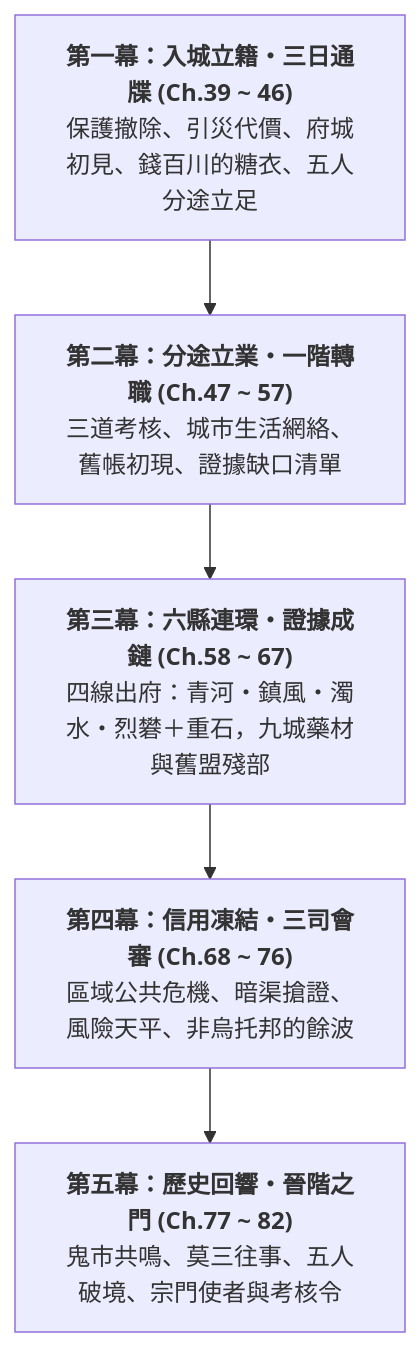
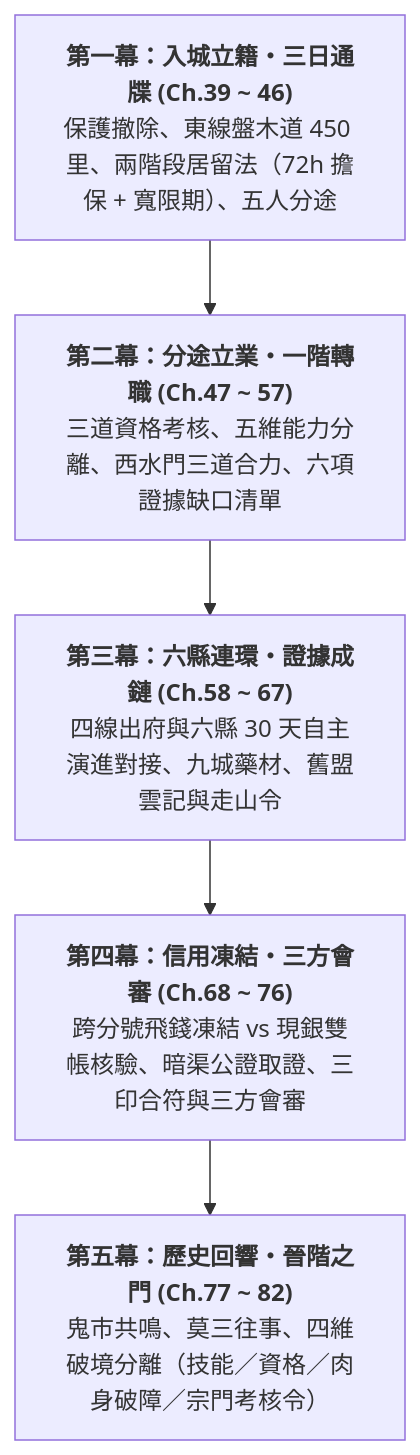
One commit to wade-fs/mudscript changed the diagram in forgotten-space/narrative/volume2.md. Above: the diagram before and after it, drawn with Mermaid. The commit also changed other lines of this file and 67 other files, not shown here.

````diff
--- a/forgotten-space/narrative/volume2.md
+++ b/forgotten-space/narrative/volume2.md
@@ -64,10 +74,10 @@
 ```mermaid
 flowchart TD
-    Act1["<b>第一幕：入城立籍・三日通牒 (Ch.39 ~ 46)</b><br>保護撤除、引災代價、府城初見、錢百川的糖衣、五人分途立足"]
-    Act2["<b>第二幕：分途立業・一階轉職 (Ch.47 ~ 57)</b><br>三道考核、城市生活網絡、舊帳初現、證據缺口清單"]
-    Act3["<b>第三幕：六縣連環・證據成鏈 (Ch.58 ~ 67)</b><br>四線出府：青河・鎮風・濁水・烈礬＋重石，九城藥材與舊盟殘部"]
-    Act4["<b>第四幕：信用凍結・三司會審 (Ch.68 ~ 76)</b><br>區域公共危機、暗渠搶證、風險天平、非烏托邦的餘波"]
-    Act5["<b>第五幕：歷史回響・晉階之門 (Ch.77 ~ 82)</b><br>鬼市共鳴、莫三往事、五人破境、宗門使者與考核令"]
+    Act1["<b>第一幕：入城立籍・三日通牒 (Ch.39 ~ 46)</b><br>保護撤除、東線盤木道 450 里、兩階段居留法（72h 擔保 + 寬限期）、五人分途"]
+    Act2["<b>第二幕：分途立業・一階轉職 (Ch.47 ~ 57)</b><br>三道資格考核、五維能力分離、西水門三道合力、六項證據缺口清單"]
+    Act3["<b>第三幕：六縣連環・證據成鏈 (Ch.58 ~ 67)</b><br>四線出府與六縣 30 天自主演進對接、九城藥材、舊盟雲記與走山令"]
+    Act4["<b>第四幕：信用凍結・三方會審 (Ch.68 ~ 76)</b><br>跨分號飛錢凍結 vs 現銀雙帳核驗、暗渠公證取證、三印合符與三方會審"]
+    Act5["<b>第五幕：歷史回響・晉階之門 (Ch.77 ~ 82)</b><br>鬼市共鳴、莫三往事、四維破境分離（技能／資格／肉身破障／宗門考核令）"]
 
     Act1 --> Act2 --> Act3 --> Act4 --> Act5
 ```
````
